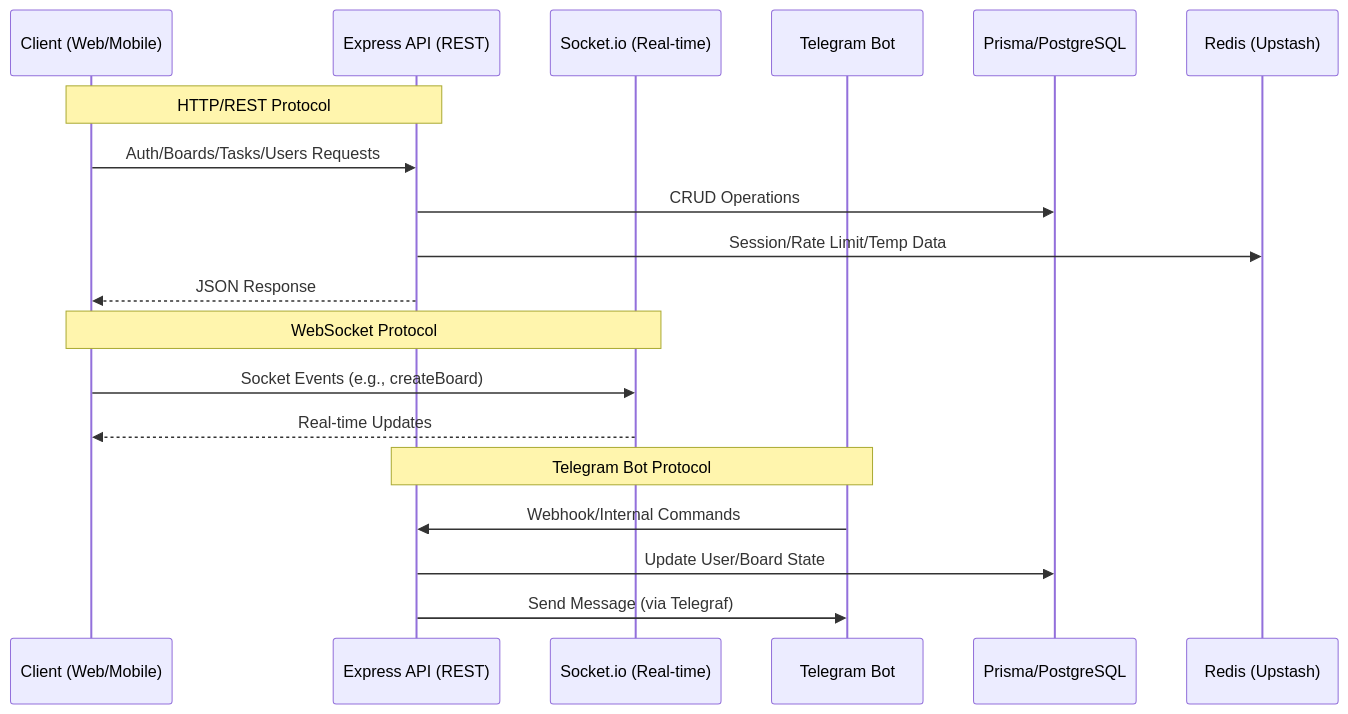
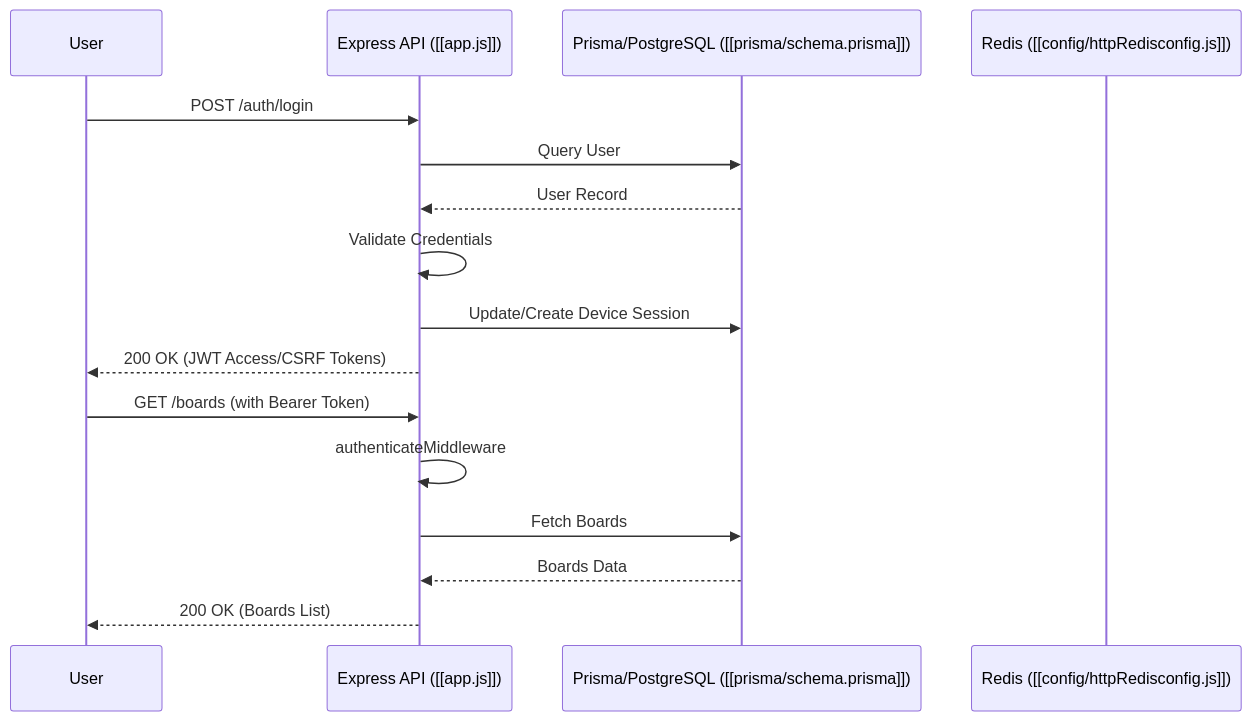
The diagram in docs/API.md (Kramarich0/SharkFlow-API), drawn with Mermaid before and after one commit. The commit also changed other lines of this file and 5 other files, not shown here.

````diff
--- a/docs/API.md
+++ b/docs/API.md
@@ -6,24 +5,20 @@
 ```mermaid
 sequenceDiagram
-    participant Client as Client (Web/Mobile)
-    participant API as Express API (REST)
-    participant WS as Socket.io (Real-time)
-    participant TG as Telegram Bot
-    participant DB as Prisma/PostgreSQL
-    participant Cache as Redis (Upstash)
+    participant User
+    participant API as Express API ([[app.js]])
+    participant DB as Prisma/PostgreSQL ([[prisma/schema.prisma]])
+    participant Cache as Redis ([[config/httpRedisconfig.js]])
 
-    Note over Client, API: HTTP/REST Protocol
-    Client->>API: Auth/Boards/Tasks/Users Requests
-    API->>DB: CRUD Operations
-    API->>Cache: Session/Rate Limit/Temp Data
-    API-->>Client: JSON Response
-
-    Note over Client, WS: WebSocket Protocol
-    Client->>WS: Socket Events (e.g., createBoard)
-    WS-->>Client: Real-time Updates
-
-    Note over TG, API: Telegram Bot Protocol
-    TG->>API: Webhook/Internal Commands
-    API->>DB: Update User/Board State
-    API->>TG: Send Message (via Telegraf)
+    User->>API: POST /auth/login
+    API->>DB: Query User
+    DB-->>API: User Record
+    API->>API: Validate Credentials
+    API->>DB: Update/Create Device Session
+    API-->>User: 200 OK (JWT Access/CSRF Tokens)
+    
+    User->>API: GET /boards (with Bearer Token)
+    API->>API: authenticateMiddleware
+    API->>DB: Fetch Boards
+    DB-->>API: Boards Data
+    API-->>User: 200 OK (Boards List)
 ```
````
